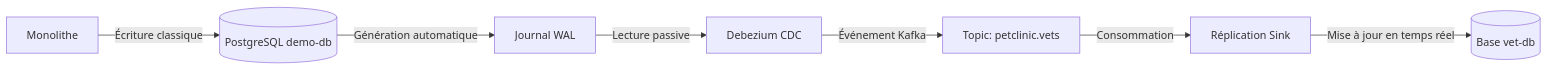
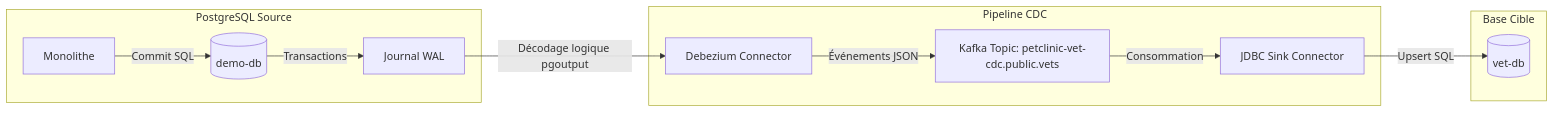
One commit to abdochiguer/Monolith-to-Microservices-Migration changed the sixth of 6 diagrams in README.md. Above: the diagram before and after it, drawn with Mermaid. The commit also changed other lines of this file and 1 other file, not shown here.

````diff
--- a/README.md
+++ b/README.md
@@ -225,9 +283,17 @@
 ```mermaid
 flowchart LR
-    App[Monolithe] -->|Écriture classique| DB[(PostgreSQL demo-db)]
-    DB -->|Génération automatique| WAL[Journal WAL]
-    WAL -->|Lecture passive| Debezium[Debezium CDC]
-    Debezium -->|Événement Kafka| Topic[Topic: petclinic.vets]
-    Topic -->|Consommation| Sink[Réplication Sink]
-    Sink -->|Mise à jour en temps réel| VetDB[(Base vet-db)]
+    subgraph PostgreSQL Source
+        Mono[Monolithe] -->|Commit SQL| DB[(demo-db)]
+        DB -->|Transactions| WAL[Journal WAL]
+    end
+
+    subgraph Pipeline CDC
+        WAL -->|Décodage logique pgoutput| Deb[Debezium Connector]
+        Deb -->|Événements JSON| Topic[Kafka Topic: petclinic-vet-cdc.public.vets]
+        Topic -->|Consommation| Sink[JDBC Sink Connector]
+    end
+
+    subgraph Base Cible
+        Sink -->|Upsert SQL| TargetDB[(vet-db)]
+    end
 ```
````
